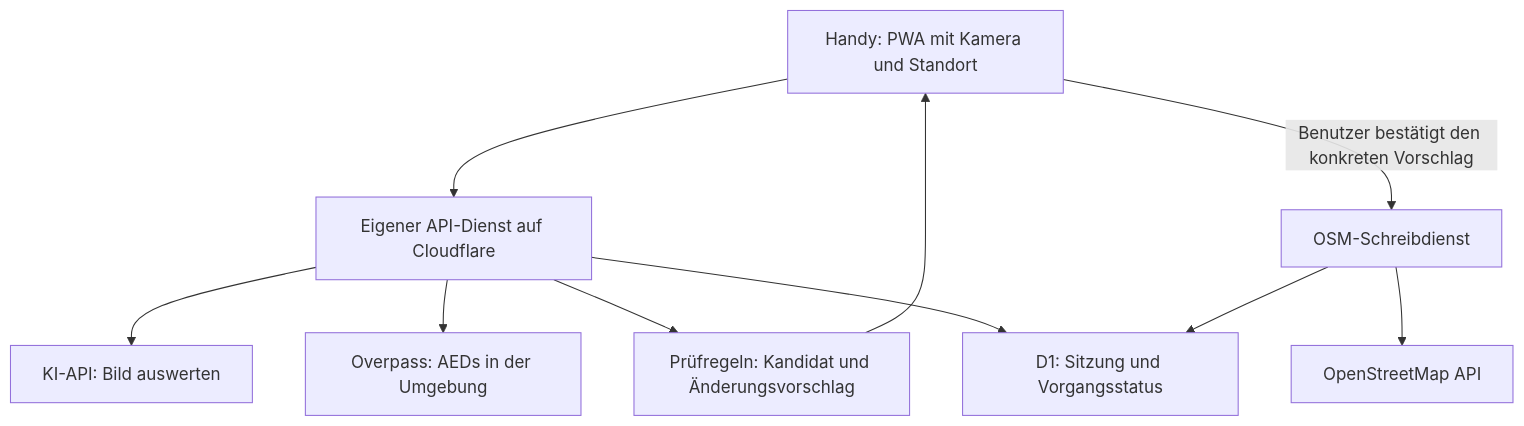
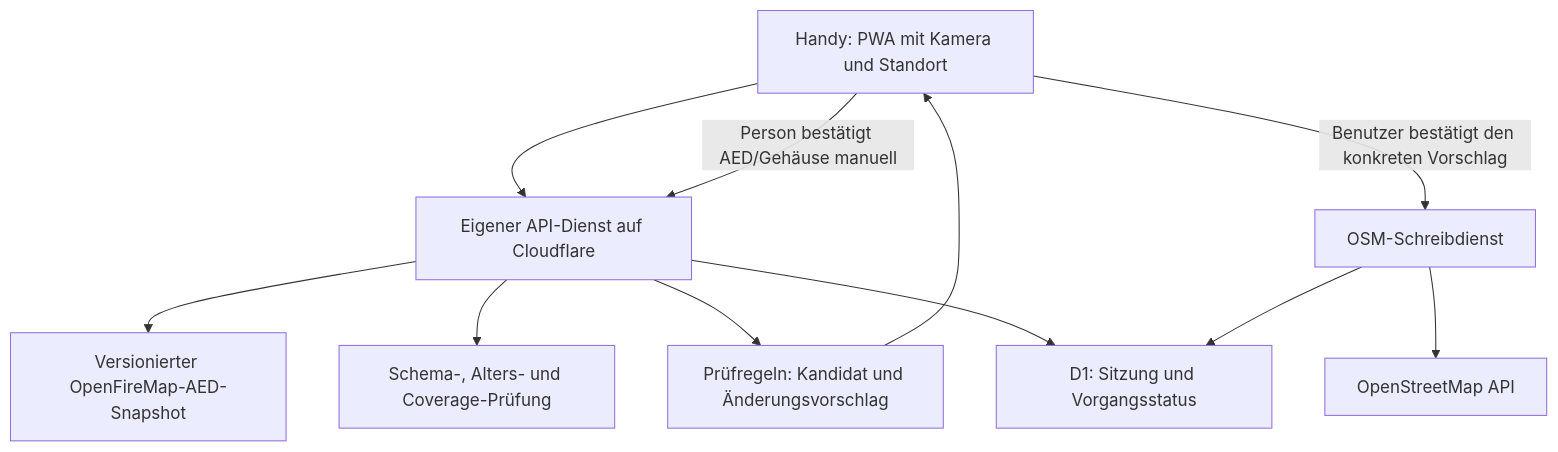
Before and after one commit to FrnkMrz/AEDjaeger: the diagram in docs/architektur.md, drawn with Mermaid. The commit also changed other lines of this file and 30 other files, not shown here.

Commit message:
Replace Overpass search with versioned AED feed

````diff
--- a/docs/architektur.md
+++ b/docs/architektur.md
@@ -116,12 +116,13 @@
 ```mermaid
 flowchart TD
   A[Handy: PWA mit Kamera und Standort] --> B[Eigener API-Dienst auf Cloudflare]
-  B --> C[KI-API: Bild auswerten]
-  B --> D[Overpass: AEDs in der Umgebung]
+  A -->|Person bestätigt AED/Gehäuse manuell| B
+  B --> C[Versionierter OpenFireMap-AED-Snapshot]
+  B --> D[Schema-, Alters- und Coverage-Prüfung]
   B --> E[Prüfregeln: Kandidat und Änderungsvorschlag]
   E --> A
   A -->|Benutzer bestätigt den konkreten Vorschlag| F[OSM-Schreibdienst]
   F --> G[OpenStreetMap API]
   B --> H[D1: Sitzung und Vorgangsstatus]
   F --> H
 ```
````
